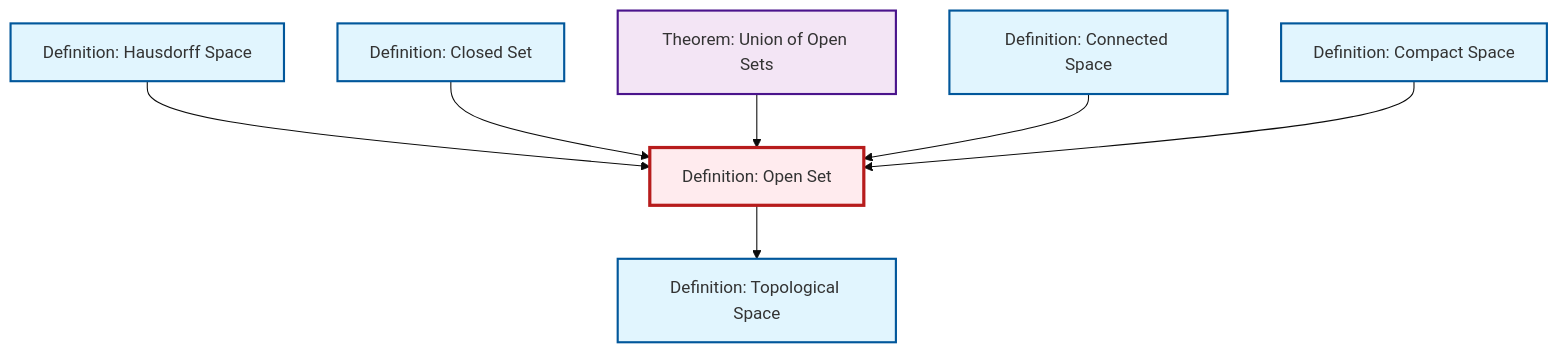
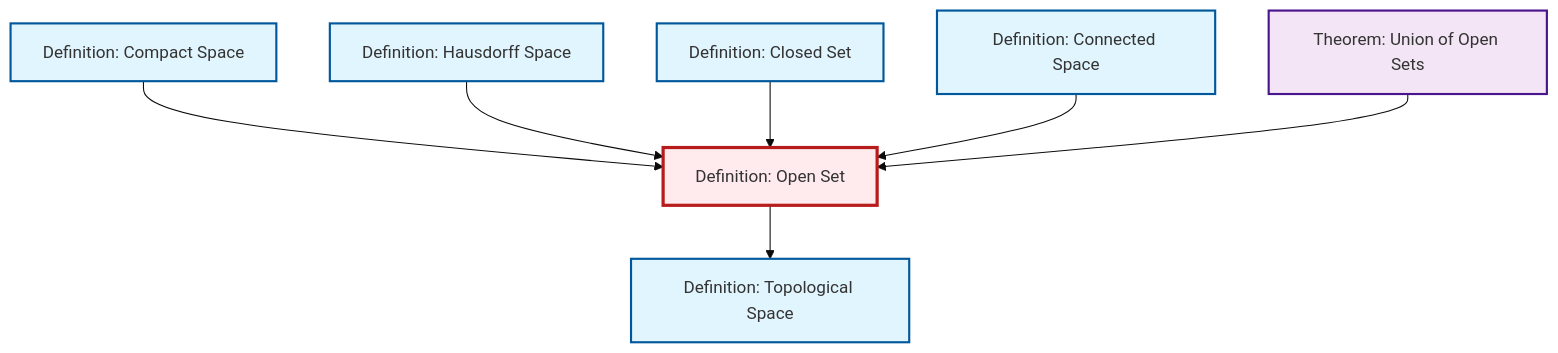
Before and after one commit to RK0429/ModernMath: the diagram in content/en/topology/def-open-set.qmd, drawn with Mermaid (base theme). The commit also changed other lines of this file and 417 other files, not shown here.

````diff
--- a/content/en/topology/def-open-set.qmd
+++ b/content/en/topology/def-open-set.qmd
@@ -53,29 +53,29 @@
 ```{mermaid}
 %%| fig-cap: "Local dependency graph"
 graph TD
     classDef definition fill:#e1f5fe,stroke:#01579b,stroke-width:2px
     classDef theorem fill:#f3e5f5,stroke:#4a148c,stroke-width:2px
     classDef axiom fill:#fff3e0,stroke:#e65100,stroke-width:2px
     classDef example fill:#e8f5e9,stroke:#1b5e20,stroke-width:2px
     classDef current fill:#ffebee,stroke:#b71c1c,stroke-width:3px
+    def-topological-space["Definition: Topological Space"]:::definition
+    thm-union-open-sets["Theorem: Union of Open Sets"]:::theorem
     def-hausdorff["Definition: Hausdorff Space"]:::definition
     def-compact["Definition: Compact Space"]:::definition
-    def-topological-space["Definition: Topological Space"]:::definition
     def-open-set["Definition: Open Set"]:::definition
-    thm-union-open-sets["Theorem: Union of Open Sets"]:::theorem
+    def-connected["Definition: Connected Space"]:::definition
     def-closed-set["Definition: Closed Set"]:::definition
-    def-connected["Definition: Connected Space"]:::definition
+    def-compact --> def-open-set
     def-hausdorff --> def-open-set
+    def-closed-set --> def-open-set
     def-open-set --> def-topological-space
-    def-closed-set --> def-open-set
+    def-connected --> def-open-set
     thm-union-open-sets --> def-open-set
-    def-connected --> def-open-set
-    def-compact --> def-open-set
     class def-open-set current
+    click def-topological-space "def-topological-space.html" "Go to Topological Space definition"
+    click thm-union-open-sets "thm-union-open-sets.html" "Go to Union of Open Sets theorem"
     click def-hausdorff "def-hausdorff.html" "Go to Hausdorff Space definition"
     click def-compact "def-compact.html" "Go to Compact Space definition"
-    click def-topological-space "def-topological-space.html" "Go to Topological Space definition"
-    click thm-union-open-sets "thm-union-open-sets.html" "Go to Union of Open Sets theorem"
+    click def-connected "def-connected.html" "Go to Connected Space definition"
     click def-closed-set "def-closed-set.html" "Go to Closed Set definition"
-    click def-connected "def-connected.html" "Go to Connected Space definition"
 ```
````
